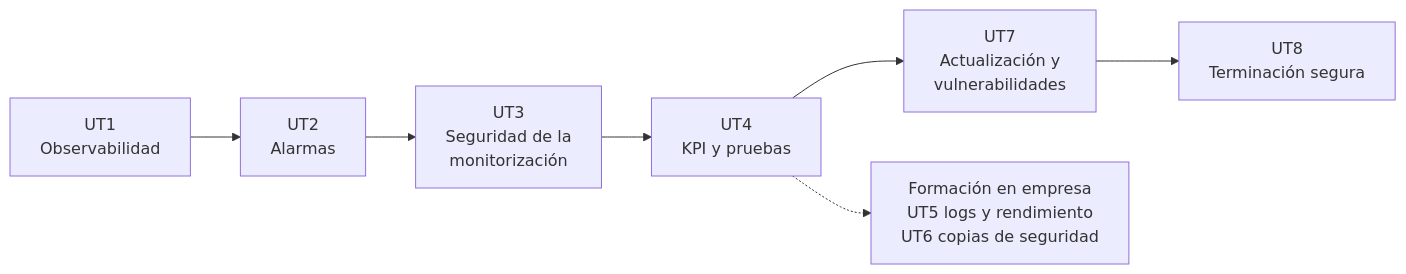
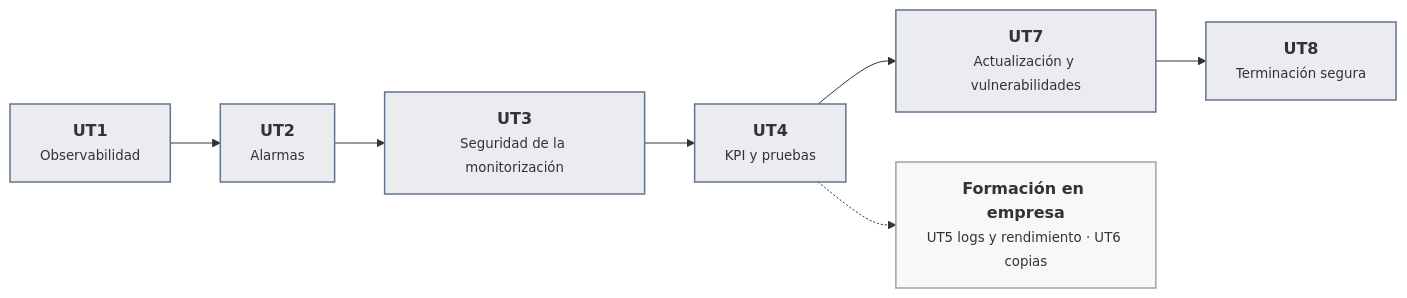
The diagram in docs/index.md (victor-educ/apuntes-5169), drawn with Mermaid before and after one commit. The commit also changed other lines of this file and 13 other files, not shown here.

First line of the commit message:
Temporalización definitiva, gramática visual y diagramas en todas las unidades

````diff
--- a/docs/index.md
+++ b/docs/index.md
@@ -24,9 +24,18 @@
 ```mermaid
 flowchart LR
-    UT1[UT1<br>Observabilidad] --> UT2[UT2<br>Alarmas]
-    UT2 --> UT3[UT3<br>Seguridad de la<br>monitorización]
-    UT3 --> UT4[UT4<br>KPI y pruebas]
-    UT4 --> UT7[UT7<br>Actualización y<br>vulnerabilidades]
-    UT7 --> UT8[UT8<br>Terminación segura]
-    UT4 -.-> FE[Formación en empresa<br>UT5 logs y rendimiento<br>UT6 copias de seguridad]
+    UT1["<b>UT1</b><br><small>Observabilidad</small>"]:::pieza
+    UT2["<b>UT2</b><br><small>Alarmas</small>"]:::pieza
+    UT3["<b>UT3</b><br><small>Seguridad de la monitorización</small>"]:::pieza
+    UT4["<b>UT4</b><br><small>KPI y pruebas</small>"]:::pieza
+    UT7["<b>UT7</b><br><small>Actualización y vulnerabilidades</small>"]:::pieza
+    UT8["<b>UT8</b><br><small>Terminación segura</small>"]:::pieza
+    FE["<b>Formación en empresa</b><br><small>UT5 logs y rendimiento · UT6 copias</small>"]:::infra
+    UT1 --> UT2 --> UT3 --> UT4 --> UT7 --> UT8
+    UT4 -.-> FE
+    classDef act fill:#ea580c22,stroke:#ea580c,stroke-width:1.5px
+    classDef pieza fill:#64748b22,stroke:#64748b,stroke-width:1.5px
+    classDef dato fill:#2563eb22,stroke:#2563eb,stroke-width:1.5px
+    classDef infra fill:#a1a1aa14,stroke:#a1a1aa,stroke-width:1.5px
+    classDef ok fill:#16a34a22,stroke:#16a34a,stroke-width:1.5px
+    classDef riesgo fill:#dc262622,stroke:#dc2626,stroke-width:1.5px
 ```
````
